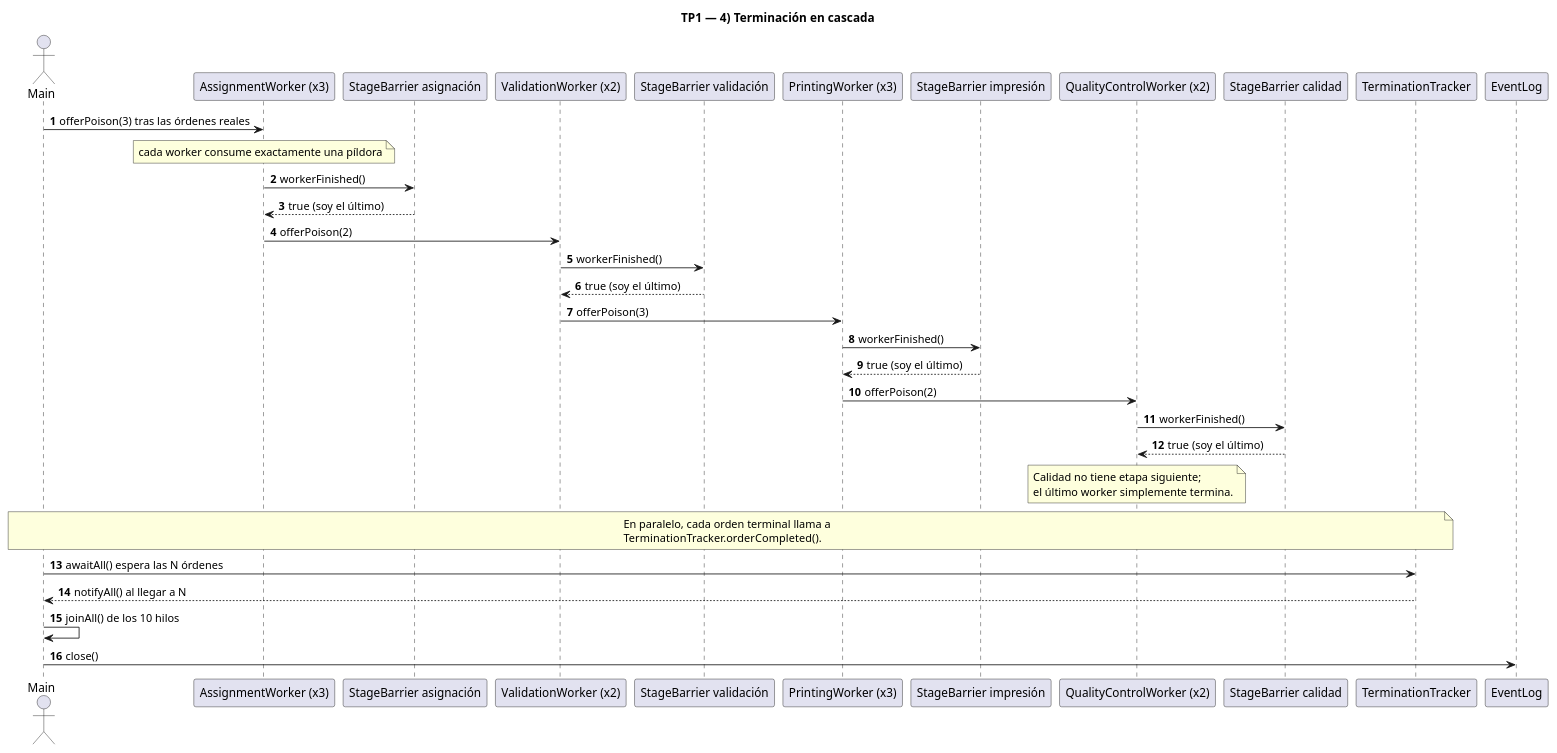
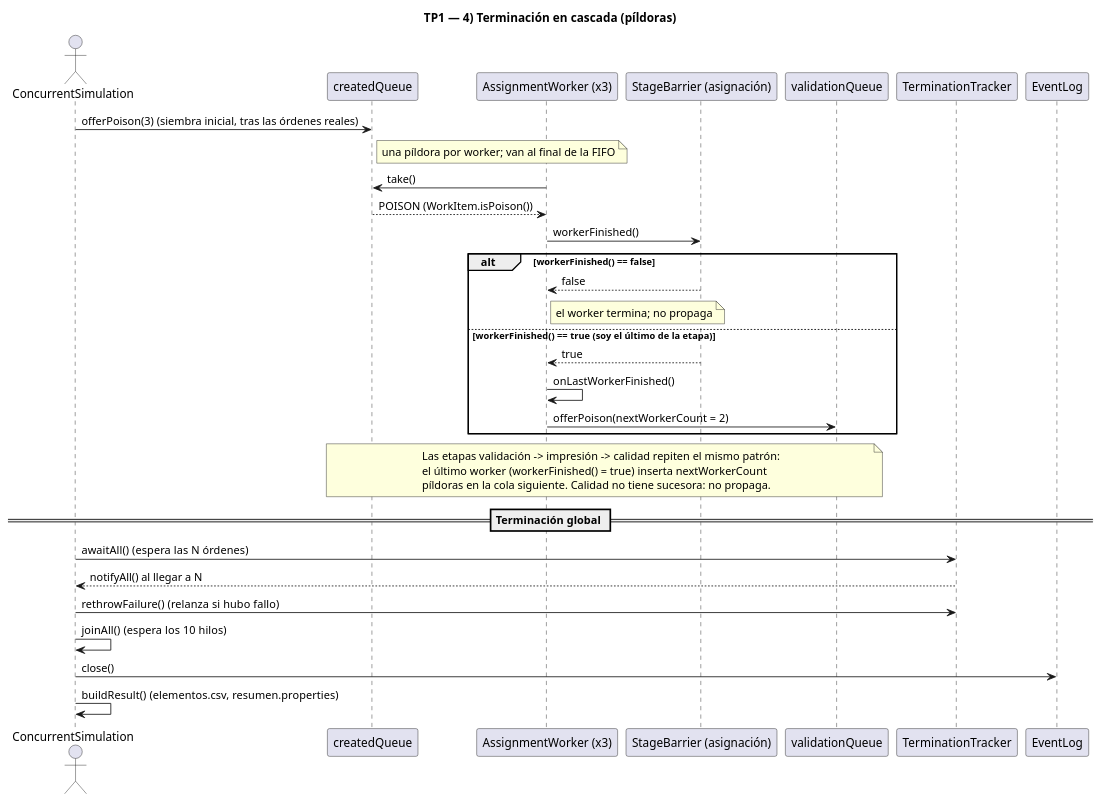
The diagram in docs/diagramasSimples/diagrama-secuencia-4-terminacion.puml (ValentinoZucchellaPaz/tp1-pcyp-2026), drawn with PlantUML before and after one commit. The commit also changed 5 other files, not shown here.

Commit message:
docs: refinar diagramas de secuencia 2-4 (OutcomeDecider, DEFECTIVE, terminacion)

```diff
--- a/docs/diagramasSimples/diagrama-secuencia-4-terminacion.puml
+++ b/docs/diagramasSimples/diagrama-secuencia-4-terminacion.puml
@@ -1,45 +1,43 @@
 @startuml diagrama-secuencia-4-terminacion
-title TP1 — 4) Terminación en cascada
-autonumber
+title TP1 — 4) Terminación en cascada (píldoras)
 
-actor Main
+actor ConcurrentSimulation as CS
+participant "createdQueue" as CQ
 participant "AssignmentWorker (x3)" as AW
-participant "StageBarrier asignación" as BA
-participant "ValidationWorker (x2)" as VW
-participant "StageBarrier validación" as BV
-participant "PrintingWorker (x3)" as PW
-participant "StageBarrier impresión" as BP
-participant "QualityControlWorker (x2)" as QW
-participant "StageBarrier calidad" as BQ
+participant "StageBarrier (asignación)" as BA
+participant "validationQueue" as VQ
 participant "TerminationTracker" as TT
 participant "EventLog" as EL
 
-Main -> AW : offerPoison(3) tras las órdenes reales
-note over AW : cada worker consume exactamente una píldora
+CS -> CQ : offerPoison(3) (siembra inicial, tras las órdenes reales)
+note right of CQ : una píldora por worker; van al final de la FIFO
+
+AW -> CQ : take()
+CQ --> AW : POISON (WorkItem.isPoison())
+
 AW -> BA : workerFinished()
-BA --> AW : true (soy el último)
-AW -> VW : offerPoison(2)
+alt workerFinished() == false
+    BA --> AW : false
+    note right of AW : el worker termina; no propaga
+else workerFinished() == true  (soy el último de la etapa)
+    BA --> AW : true
+    AW -> AW : onLastWorkerFinished()
+    AW -> VQ : offerPoison(nextWorkerCount = 2)
+end
 
-VW -> BV : workerFinished()
-BV --> VW : true (soy el último)
-VW -> PW : offerPoison(3)
-
-PW -> BP : workerFinished()
-BP --> PW : true (soy el último)
-PW -> QW : offerPoison(2)
-
-QW -> BQ : workerFinished()
-BQ --> QW : true (soy el último)
-note over QW : Calidad no tiene etapa siguiente;\nel último worker simplemente termina.
-
-note over Main, TT
-  En paralelo, cada orden terminal llama a
-  TerminationTracker.orderCompleted().
+note over CQ, VQ
+  Las etapas validación -> impresión -> calidad repiten el mismo patrón:
+  el último worker (workerFinished() = true) inserta nextWorkerCount
+  píldoras en la cola siguiente. Calidad no tiene sucesora: no propaga.
 end note
 
-Main -> TT : awaitAll() espera las N órdenes
-TT --> Main : notifyAll() al llegar a N
-Main -> Main : joinAll() de los 10 hilos
-Main -> EL : close()
+== Terminación global == 
+
+CS -> TT : awaitAll()  (espera las N órdenes)
+TT --> CS : notifyAll() al llegar a N
+CS -> TT : rethrowFailure()  (relanza si hubo fallo)
+CS -> CS : joinAll()  (espera los 10 hilos)
+CS -> EL : close()
+CS -> CS : buildResult()  (elementos.csv, resumen.properties)
 
 @enduml
```
